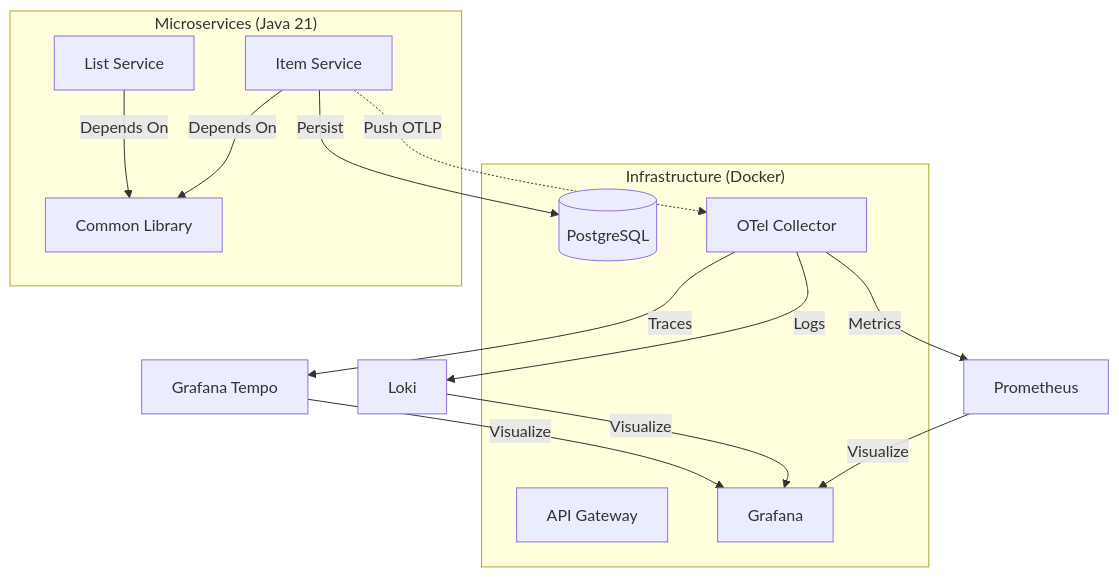
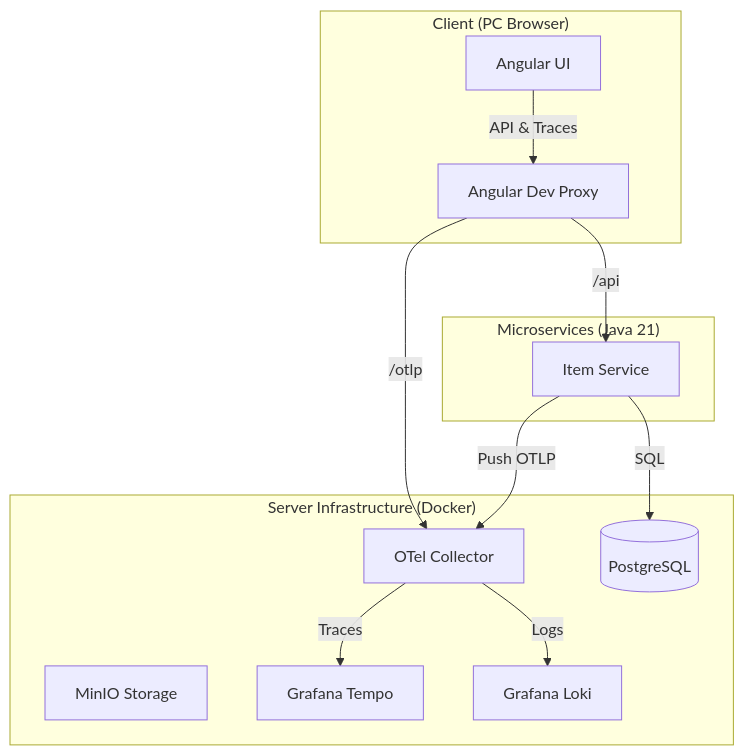
The diagram in README.md (chihyishen/home-service-hub), drawn with Mermaid before and after one commit. The commit also changed other lines of this file and 1 other file, not shown here.

Commit message:
docs: initialize roadmap and refactor readme with mermaid architecture

````diff
--- a/README.md
+++ b/README.md
@@ -14,27 +20,29 @@
 ```mermaid
 graph TD
-    subgraph "Infrastructure (Docker)"
-        Gateway[API Gateway]
+    subgraph "Client (PC Browser)"
+        UI[Angular UI]
+        Proxy[Angular Dev Proxy]
+    end
+
+    subgraph "Server Infrastructure (Docker)"
+        Collector[OTel Collector]
         Postgres[(PostgreSQL)]
-        Otel[OTel Collector]
-        Grafana[Grafana]
+        MinIO[MinIO Storage]
+        Tempo[Grafana Tempo]
+        Loki[Grafana Loki]
     end
 
     subgraph "Microservices (Java 21)"
-        Item[Item Service]
-        List[List Service]
-        Common[Common Library]
+        ItemService[Item Service]
     end
 
-    Item -->|Depends On| Common
-    List -->|Depends On| Common
-    Item -->|Persist| Postgres
+    UI -->|API & Traces| Proxy
+    Proxy -->|/api| ItemService
+    Proxy -->|/otlp| Collector
     
-    Item -.->|Push OTLP| Otel
-    Otel -->|Metrics| Prometheus[Prometheus]
-    Otel -->|Logs| Loki[Loki]
-    Otel -->|Traces| Tempo[Grafana Tempo]
+    ItemService -->|SQL| Postgres
+    ItemService -->|Push OTLP| Collector
     
-    Prometheus & Loki & Tempo -->|Visualize| Grafana
-
+    Collector -->|Traces| Tempo
+    Collector -->|Logs| Loki
 ```
````
